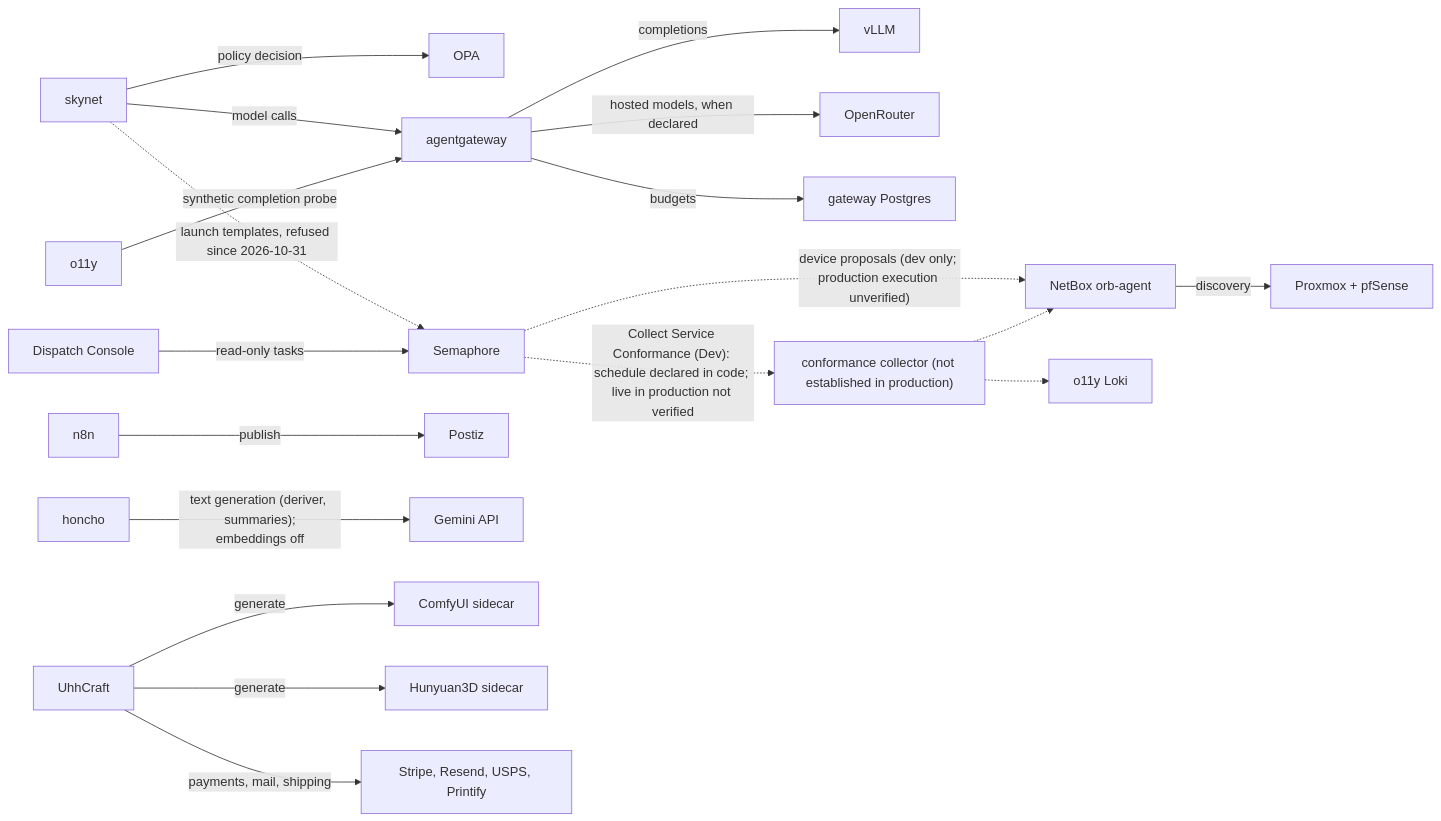
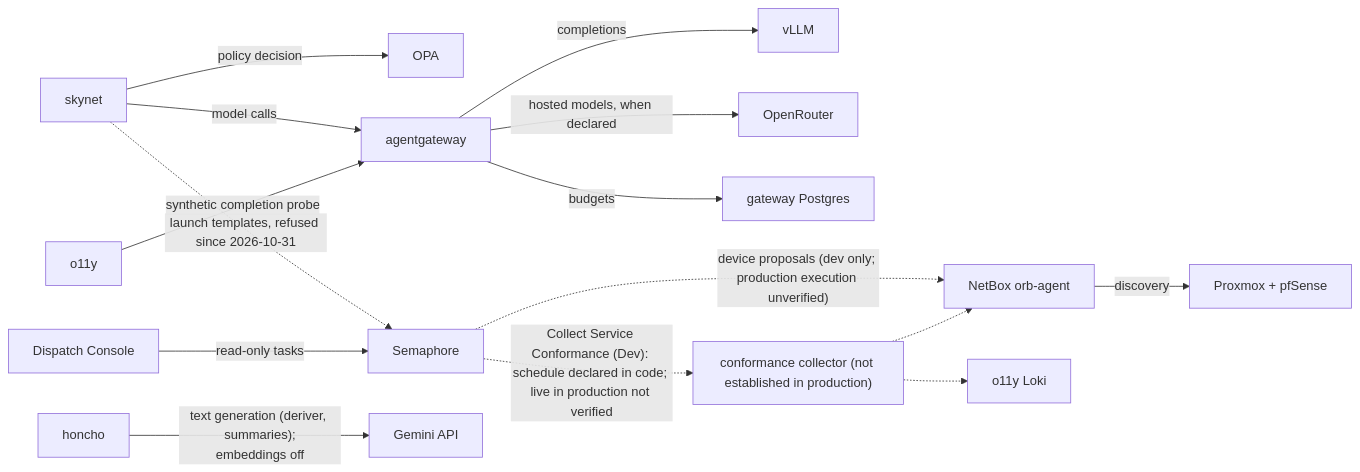
One commit to uhstray-io/agent-cloud changed the fifth of 10 diagrams in plan/architecture/service-architecture.md. Above: the diagram before and after it, drawn with Mermaid. The commit also changed other lines of this file and 9 other files, not shown here.

Commit message:
docs(architecture): remove retired platforms

````diff
--- a/plan/architecture/service-architecture.md
+++ b/plan/architecture/service-architecture.md
@@ -317,21 +290,17 @@
 ```mermaid
 flowchart LR
     SKY["skynet"] -->|"policy decision"| OPA["OPA"]
     SKY -->|"model calls"| AGW["agentgateway"]
     SKY -.->|"launch templates, refused since 2026-10-31"| SEM["Semaphore"]
     AGW -->|"completions"| VLLM["vLLM"]
     AGW -->|"hosted models, when declared"| OR["OpenRouter"]
     AGW -->|"budgets"| AGWDB["gateway Postgres"]
     CON["Dispatch Console"] -->|"read-only tasks"| SEM
-    N8N["n8n"] -->|"publish"| PZ["Postiz"]
     HON["honcho"] -->|"text generation (deriver, summaries);<br/>embeddings off"| GEM["Gemini API"]
-    UHH["UhhCraft"] -->|"generate"| CUI["ComfyUI sidecar"]
-    UHH -->|"generate"| HUN["Hunyuan3D sidecar"]
-    UHH -->|"payments, mail, shipping"| EXT["Stripe, Resend, USPS, Printify"]
     NB["NetBox orb-agent"] -->|"discovery"| PVE["Proxmox + pfSense"]
     SEM -.->|"device proposals (dev only; production execution unverified)"| NB
     O11Y["o11y"] -->|"synthetic completion probe"| AGW
     SEM -.->|"Collect Service Conformance (Dev): schedule declared in code; live in production not verified"| COL["conformance collector (not established in production)"]
     COL -.-> NB
     COL -.-> LOKI["o11y Loki"]
 ```
````
